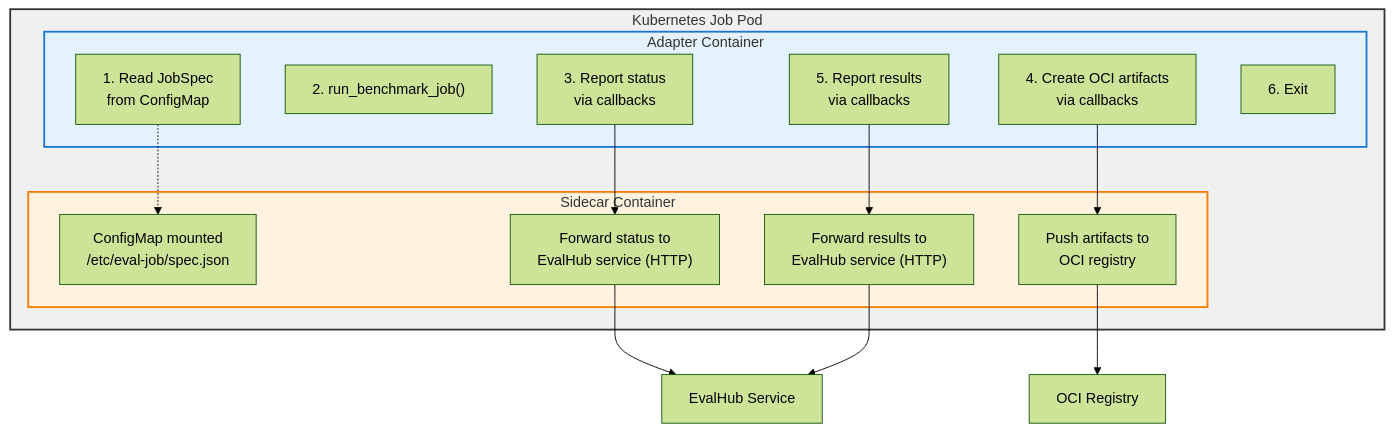
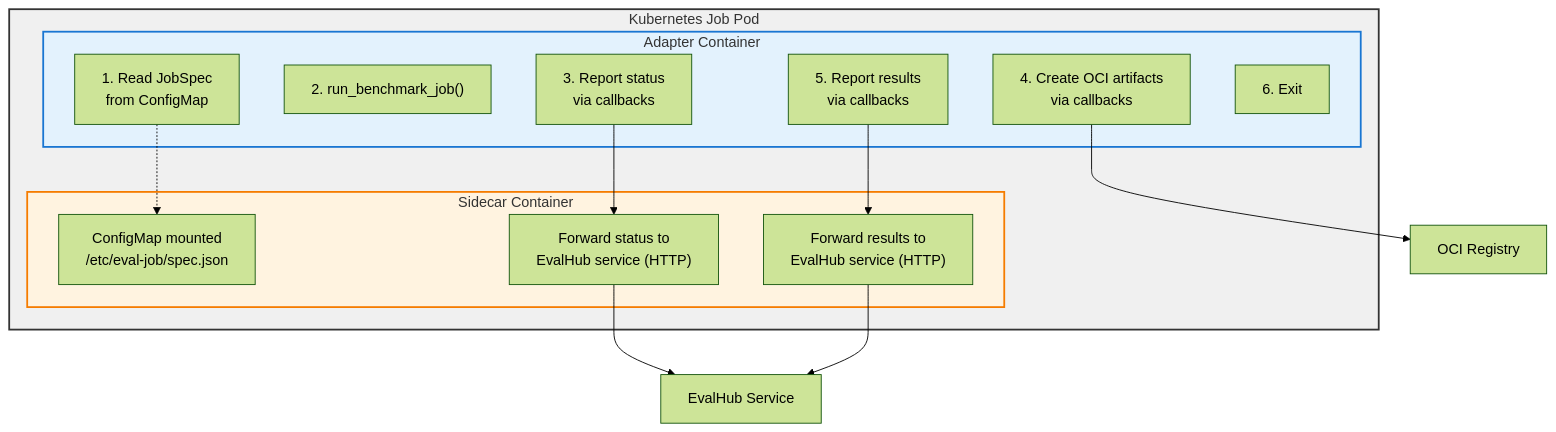
The diagram in README.md (eval-hub/eval-hub-sdk), drawn with Mermaid (forest theme) before and after one commit.

Commit message:
chore: update diagram following ADR
see https://github.com/eval-hub/eval-hub-sdk/pull/14#pullrequestreview-3712029781

````diff
--- a/README.md
+++ b/README.md
@@ -19,33 +19,31 @@
 ```mermaid
 graph TB
     subgraph pod["Kubernetes Job Pod"]
         subgraph adapter["Adapter Container"]
             A1["1. Read JobSpec<br/>from ConfigMap"]
             A2["2. run_benchmark_job()"]
             A3["3. Report status<br/>via callbacks"]
             A4["4. Create OCI artifacts<br/>via callbacks"]
             A5["5. Report results<br/>via callbacks"]
             A6["6. Exit"]
         end
 
         subgraph sidecar["Sidecar Container"]
             S1["ConfigMap mounted<br/>/etc/eval-job/spec.json"]
             S2["Forward status to<br/>EvalHub service (HTTP)"]
-            S3["Push artifacts to<br/>OCI registry"]
             S4["Forward results to<br/>EvalHub service (HTTP)"]
         end
 
         A1 -.-> S1
         A3 --> S2
-        A4 --> S3
         A5 --> S4
     end
 
     S2 --> EvalHub["EvalHub Service"]
-    S3 --> Registry["OCI Registry"]
     S4 --> EvalHub
+    A4 --> Registry["OCI Registry"]
 
     style pod fill:#f0f0f0,stroke:#333,stroke-width:2px
     style adapter fill:#e3f2fd,stroke:#1976d2,stroke-width:2px
     style sidecar fill:#fff3e0,stroke:#f57c00,stroke-width:2px
 ```
````
